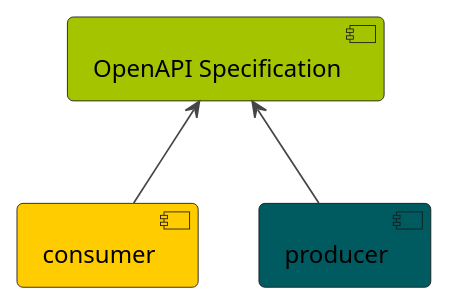
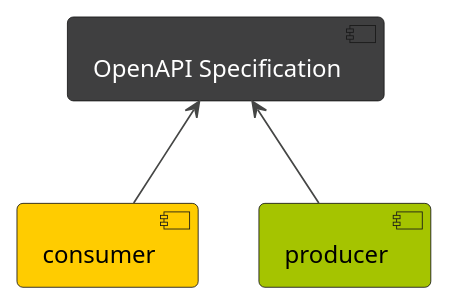
One commit to bbortt/devoxx-2025-citrus-openapi changed the diagram in sketches/api-testing-postfinance.puml. Above: the diagram before and after it, drawn with PlantUML. The commit also changed 25 other files, not shown here.

```diff
--- a/sketches/api-testing-postfinance.puml
+++ b/sketches/api-testing-postfinance.puml
@@ -1,13 +1,13 @@
 @startuml
 
 !theme vibrant
 
 component consumer #FFCC00
-component producer #005B61
+component producer #A5C400
 
-component "OpenAPI Specification" as spec #A5C400
+component "<color:#FFFFFF>OpenAPI Specification" as spec #3F3F40
 
 consumer -up-> spec
 spec <-down- producer
 
 @enduml
```
